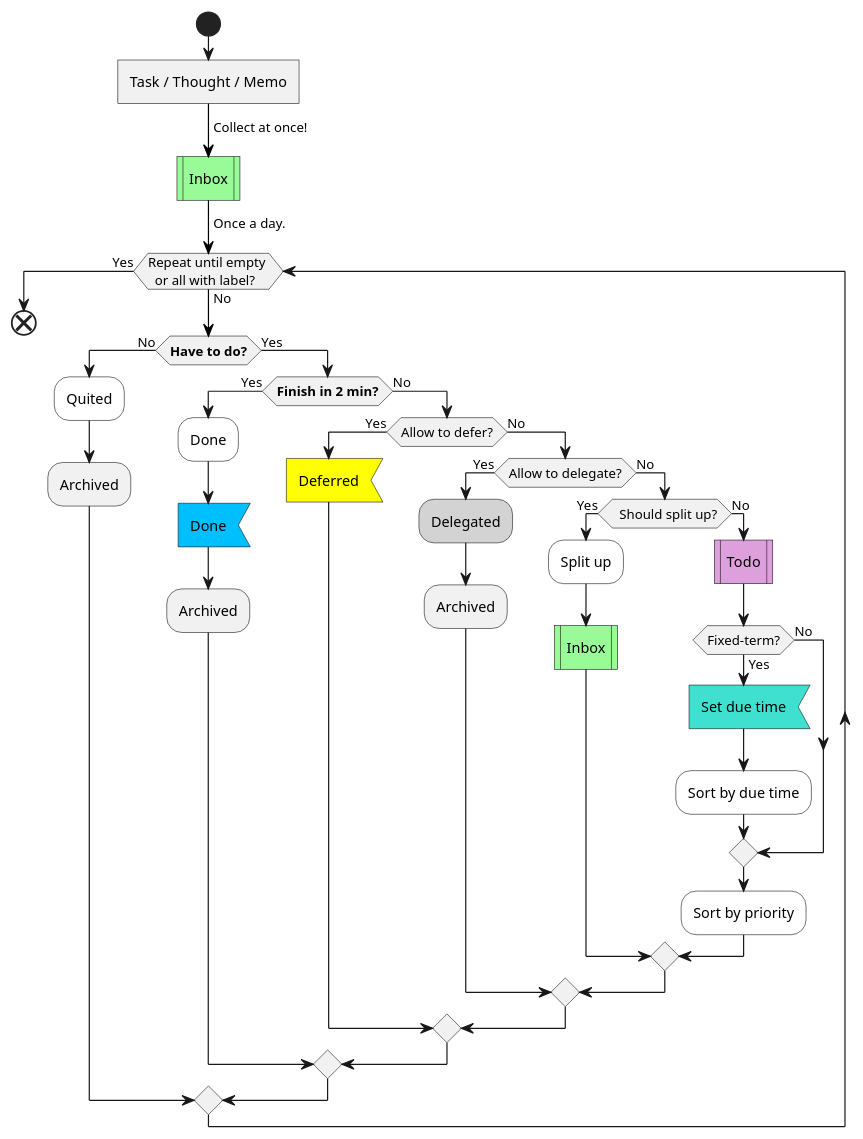
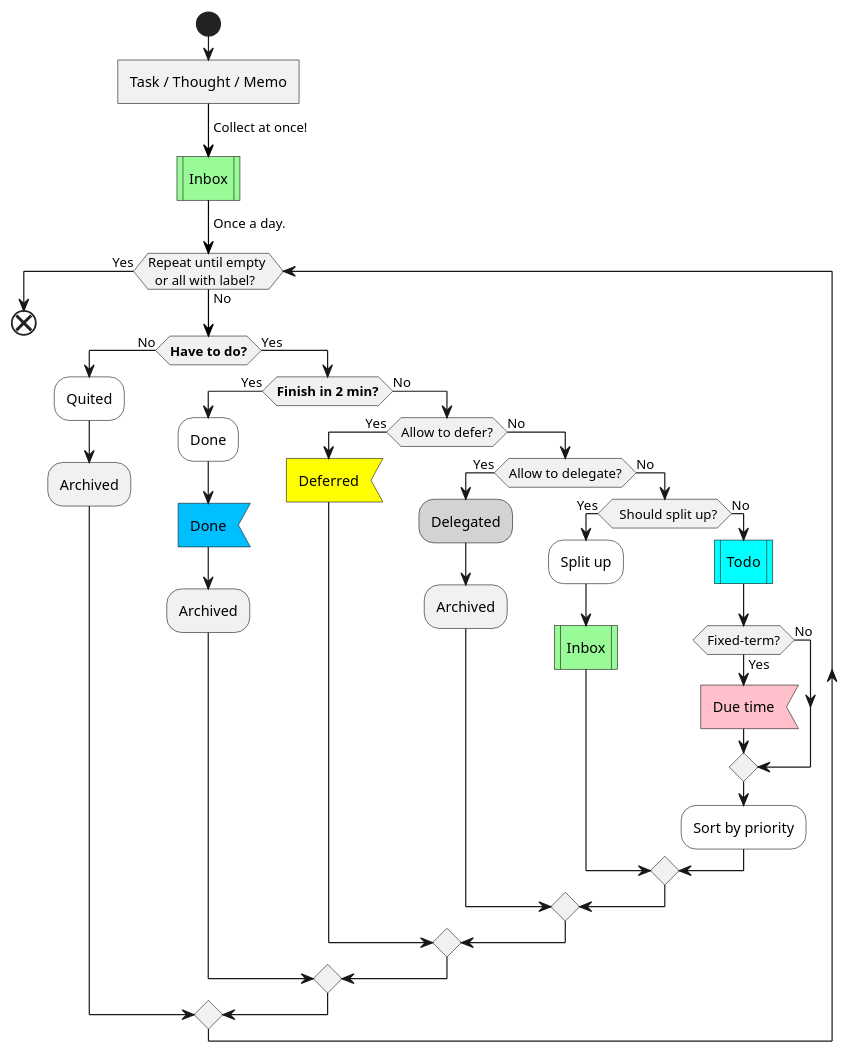
The first of 3 diagrams in snips/principles/gtd-actual.md (IceHe/icehe-lib), drawn with PlantUML before and after one commit. The commit also changed other lines of this file and 1 other file, not shown here.

````diff
--- a/snips/principles/gtd-actual.md
+++ b/snips/principles/gtd-actual.md
@@ -7,44 +7,43 @@
 ```plantuml
 @startuml
 start
 :Task / Thought / Memo]
 -[#black]-> Collect at once!;
 #paleGreen:Inbox|
 -[#black]-> Once a day.;
 while (Repeat until empty \n  or all with label?) is (No)
     if (**Have to do?**) then (No)
         #white:Quited;
         :Archived;
     else (Yes)
         if (**Finish in 2 min?**) then (Yes)
             #white:Done;
             #deepSkyBlue:Done<
             :Archived;
         else (No)
             if (Allow to defer?) then (Yes)
                 #yellow:Deferred<
             else (No)
                 if (Allow to delegate?) then (Yes)
                     #lightGray:Delegated;
                     :Archived;
                 else (No)
                     if (  Should split up?) then (Yes)
                         #white:Split up;
                         #paleGreen:Inbox|
                     else (No)
-                        #plum:Todo|
+                        #aqua:Todo|
                         if (Fixed-term?) then (Yes)
-                            #turquoise:Set due time<
-                            #white:Sort by due time;
+                            #pink:Due time<
                         else (No)
                         endif
                         #white:Sort by priority;
                     endif
                 endif
             endif
         endif
     endif
 endwhile (Yes)
 end
 @enduml
 ```
````
